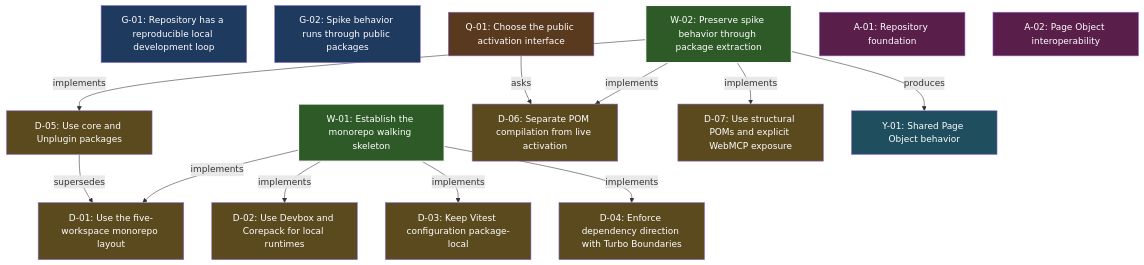
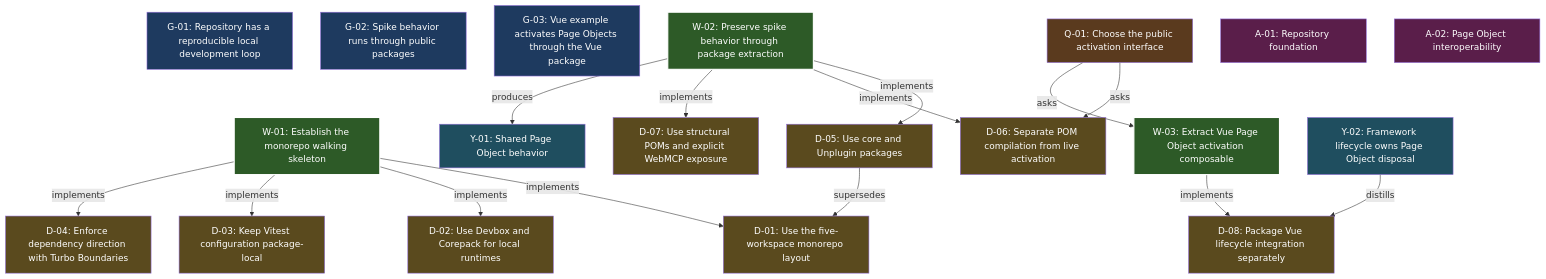
One commit to ayme-labs/ayme-webmcp changed the diagram in .grove/index.md. Above: the diagram before and after it, drawn with Mermaid. The commit also changed other lines of this file and 14 other files, not shown here.

Commit message:
feat: add Vue lifecycle package

````diff
--- a/.grove/index.md
+++ b/.grove/index.md
@@ -61,42 +65,49 @@
 ```mermaid
 graph TD
   G_01["G-01: Repository has a reproducible local development loop"]:::goal
   G_02["G-02: Spike behavior runs through public packages"]:::goal
+  G_03["G-03: Vue example activates Page Objects through the Vue package"]:::goal
   W_01["W-01: Establish the monorepo walking skeleton"]:::done
   W_02["W-02: Preserve spike behavior through package extraction"]:::done
+  W_03["W-03: Extract Vue Page Object activation composable"]:::done
   D_01["D-01: Use the five-workspace monorepo layout"]:::decision
   D_02["D-02: Use Devbox and Corepack for local runtimes"]:::decision
   D_03["D-03: Keep Vitest configuration package-local"]:::decision
   D_04["D-04: Enforce dependency direction with Turbo Boundaries"]:::decision
   D_05["D-05: Use core and Unplugin packages"]:::decision
   D_06["D-06: Separate POM compilation from live activation"]:::decision
   D_07["D-07: Use structural POMs and explicit WebMCP exposure"]:::decision
+  D_08["D-08: Package Vue lifecycle integration separately"]:::decision
   Q_01["Q-01: Choose the public activation interface"]:::question
   Y_01["Y-01: Shared Page Object behavior"]:::discovery
+  Y_02["Y-02: Framework lifecycle owns Page Object disposal"]:::discovery
   A_01["A-01: Repository foundation"]:::area
   A_02["A-02: Page Object interoperability"]:::area
   D_05 -->|supersedes| D_01
   Q_01 -->|asks| D_06
+  Q_01 -->|asks| W_03
   W_01 -->|implements| D_01
   W_01 -->|implements| D_02
   W_01 -->|implements| D_03
   W_01 -->|implements| D_04
   W_02 -->|implements| D_05
   W_02 -->|implements| D_06
   W_02 -->|implements| D_07
   W_02 -->|produces| Y_01
+  W_03 -->|implements| D_08
+  Y_02 -->|distills| D_08
 classDef area fill:#5a1e4a,color:#fff
 classDef goal fill:#1e3a5f,color:#fff
 classDef theme fill:#2a4a3a,color:#fff
 classDef decision fill:#5a4a1e,color:#fff
 classDef question fill:#5a3a1e,color:#fff
 classDef assumption fill:#4a2d5a,color:#fff
 classDef spike fill:#3a3a5a,color:#fff
 classDef feature fill:#1e4a4a,color:#fff
 classDef ready fill:#2d5a27,color:#fff
 classDef progress fill:#3a4a6a,color:#fff,stroke:#fff,stroke-width:2px
 classDef done fill:#2d5a27,color:#fff,stroke:#fff,stroke-width:2px
 classDef rejected fill:#5a5a5a,color:#fff
 classDef discovery fill:#1f4e5f,color:#fff
 classDef critical stroke:#ff0,stroke-width:3px
 ```
````
